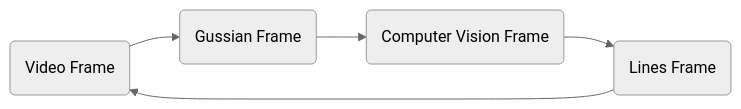
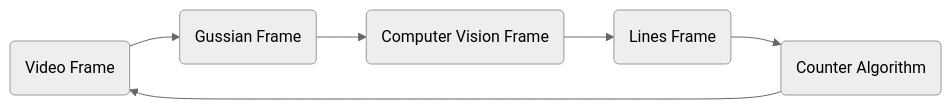
The diagram in README.md (ahmethkablama/Classification-and-Counting-of-Vehicles-on-the-Road-with-Image-Processing), drawn with Mermaid (neutral theme) before and after one commit.

````diff
--- a/README.md
+++ b/README.md
@@ -6,7 +6,8 @@
 ```mermaid
 graph LR
 A(Video Frame) --> B(Gussian Frame)
 B --> D(Computer Vision Frame)
 D --> E(Lines Frame)
-E --> A
+E --> F(Counter Algorithm)
+F --> A
 ```
````
